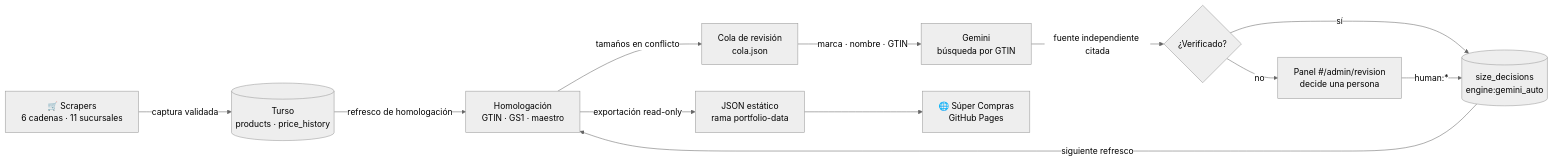
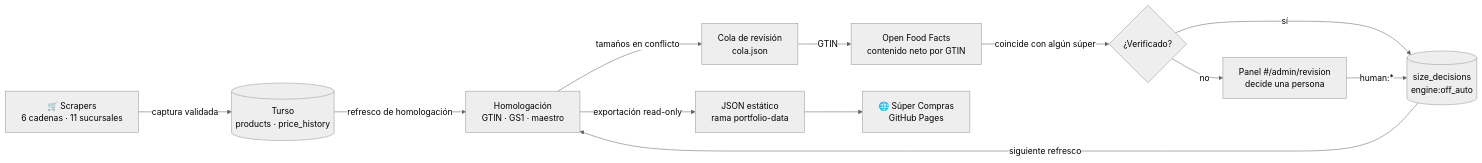
Before and after one commit to jchernandez-portfolio/precios-supermercados-sps: the first of 3 diagrams in README.md, drawn with Mermaid (neutral theme). The commit also changed other lines of this file and 14 other files, not shown here.

First line of the commit message:
[RPI] Búsqueda por GTIN gratis con Open Food Facts (Gemini gratis no trae Google Search)

````diff
--- a/README.md
+++ b/README.md
@@ -40,14 +40,14 @@
 ```mermaid
 flowchart LR
     S["🛒 Scrapers<br/>6 cadenas · 11 sucursales"] -->|captura validada| T[("Turso<br/>products · price_history")]
     T -->|refresco de homologación| H["Homologación<br/>GTIN · GS1 · maestro"]
     H -->|tamaños en conflicto| Q["Cola de revisión<br/>cola.json"]
-    Q -->|marca · nombre · GTIN| G["Gemini<br/>búsqueda por GTIN"]
-    G -->|fuente independiente citada| A{"¿Verificado?"}
-    A -->|sí| D[("size_decisions<br/>engine:gemini_auto")]
+    Q -->|GTIN| G["Open Food Facts<br/>contenido neto por GTIN"]
+    G -->|coincide con algún súper| A{"¿Verificado?"}
+    A -->|sí| D[("size_decisions<br/>engine:off_auto")]
     A -->|no| P["Panel #/admin/revision<br/>decide una persona"]
     P -->|human:*| D
     D -->|siguiente refresco| H
     H -->|exportación read-only| J["JSON estático<br/>rama portfolio-data"]
     J --> W["🌐 Súper Compras<br/>GitHub Pages"]
 ```
````
